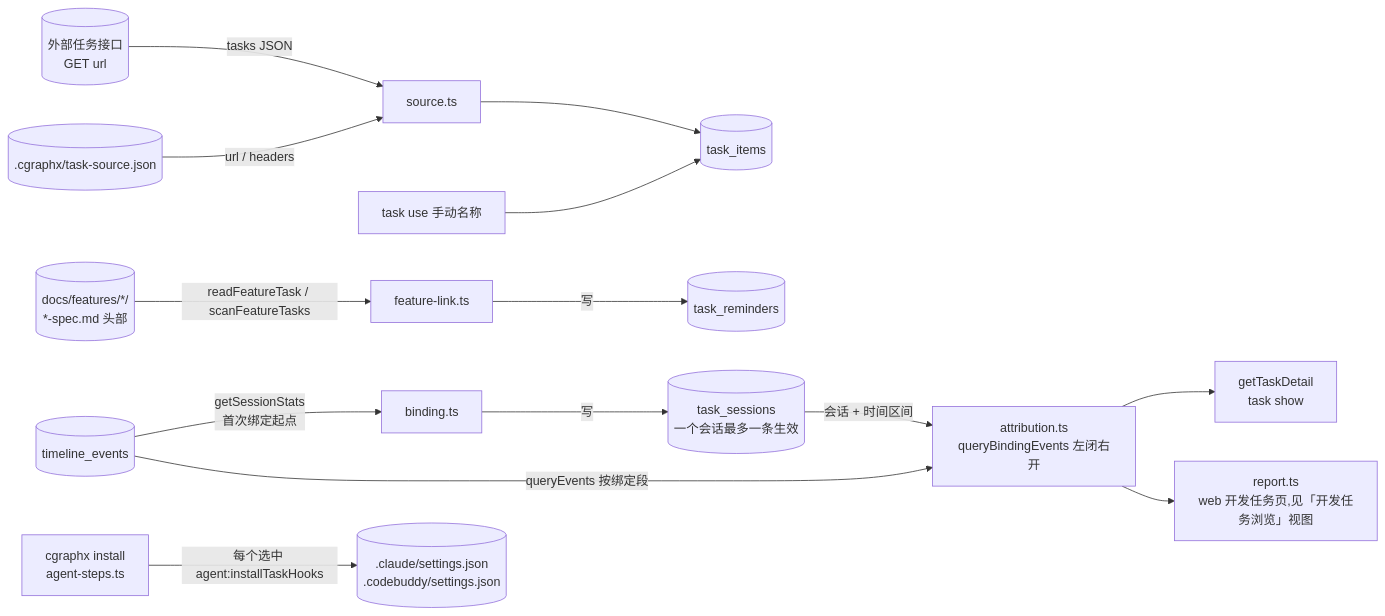
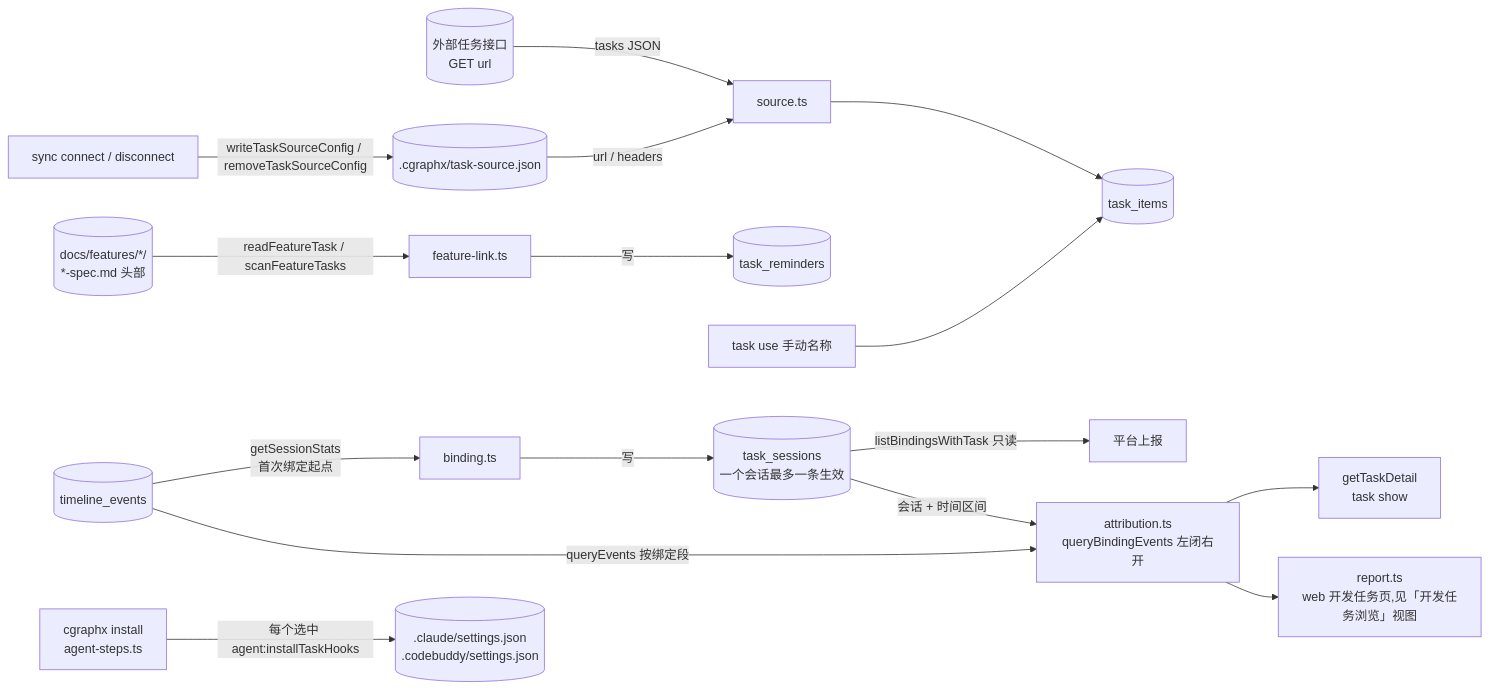
Before and after one commit to smdnkB/cgraphx: the third of 3 diagrams in docs/code-map/flows/开发任务绑定.md, drawn with Mermaid. The commit also changed other lines of this file and 5 other files, not shown here.

First line of the commit message:
docs: 代码地图新建平台上报 + 刷新 5 张受影响视图

````diff
--- a/docs/code-map/flows/开发任务绑定.md
+++ b/docs/code-map/flows/开发任务绑定.md
@@ -122,16 +124,18 @@
 ```mermaid
 flowchart LR
   api[(外部任务接口<br/>GET url)] -- tasks JSON --> src[source.ts]
   cfg[(.cgraphx/task-source.json)] -- url / headers --> src
+  sync[sync connect / disconnect] -- writeTaskSourceConfig / removeTaskSourceConfig --> cfg
+  sess -- listBindingsWithTask 只读 --> up[平台上报]
   src --> items[(task_items)]
   manual[task use 手动名称] --> items
   bind[binding.ts] -- 写 --> sess[(task_sessions<br/>一个会话最多一条生效)]
   fl[feature-link.ts] -- 写 --> rem[(task_reminders)]
   specs[(docs/features/*/<br/>*-spec.md 头部)] -- readFeatureTask / scanFeatureTasks --> fl
   ev[(timeline_events)] -- getSessionStats<br/>首次绑定起点 --> bind
   sess -- 会话 + 时间区间 --> attr[attribution.ts<br/>queryBindingEvents 左闭右开]
   ev -- queryEvents 按绑定段 --> attr
   attr --> show[getTaskDetail<br/>task show]
   attr --> rep[report.ts<br/>web 开发任务页,见「开发任务浏览」视图]
   inst[cgraphx install<br/>agent-steps.ts] -- 每个选中 agent:installTaskHooks --> settings[(.claude/settings.json<br/>.codebuddy/settings.json)]
 ```
````
